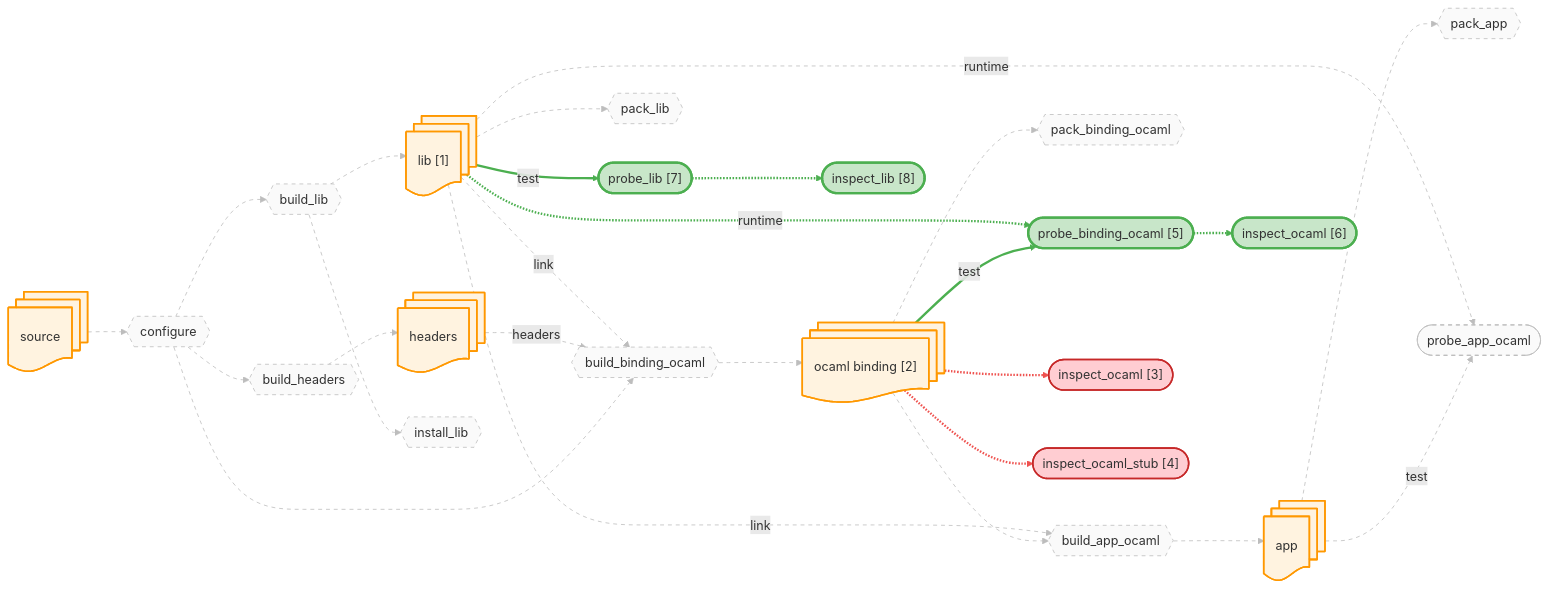
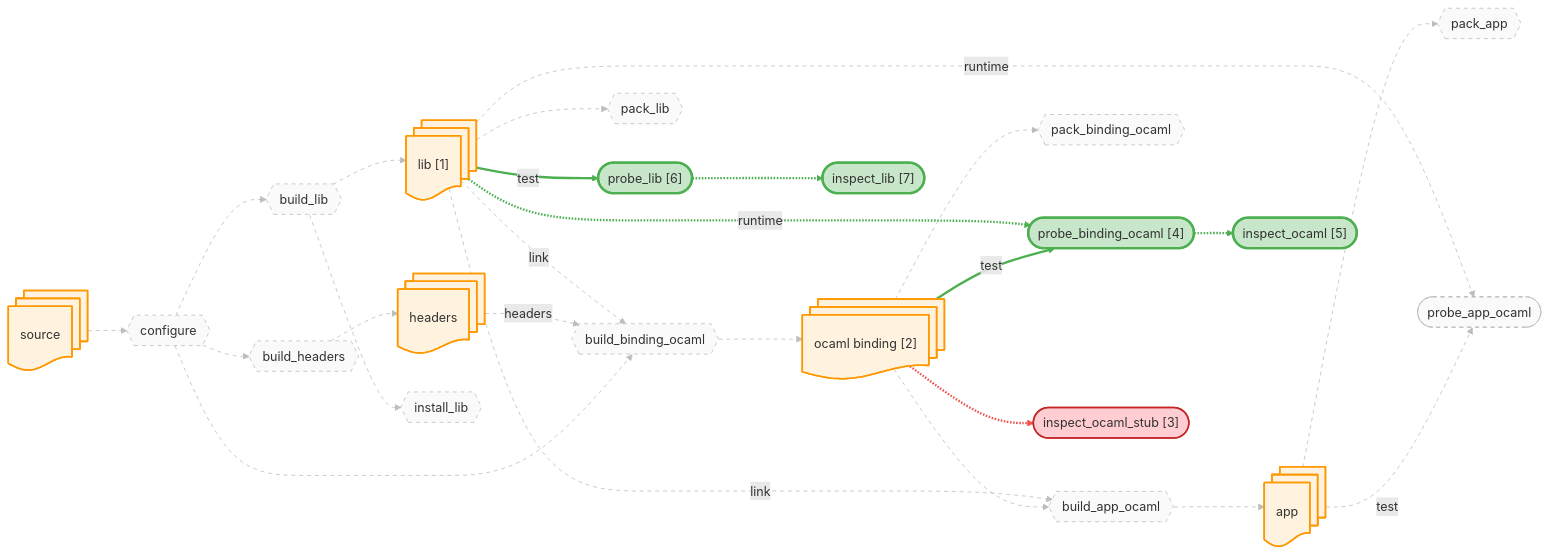
One commit to JHU-PL-Lab/tola changed the diagram in docs/canary/projects/zlib/-run/diagrams/probes.mmd. Above: the diagram before and after it, drawn with Mermaid. The commit also changed 34 other files, not shown here.

```diff
--- a/docs/canary/projects/zlib/-run/diagrams/probes.mmd
+++ b/docs/canary/projects/zlib/-run/diagrams/probes.mmd
@@ -1,101 +1,97 @@
 %% view: probes
 graph LR
     source_node@{ shape: docs, label: "source" }
     headers_node@{ shape: docs, label: "headers" }
     lib_node@{ shape: docs, label: "lib [1]" }
     app_node@{ shape: docs, label: "app" }
     ocaml_binding_node@{ shape: docs, label: "ocaml binding [2]" }
 
     A_configure{{"configure"}}
     A_build_headers{{"build_headers"}}
     A_build_lib{{"build_lib"}}
     A_build_binding_ocaml{{"build_binding_ocaml"}}
     A_build_app_ocaml{{"build_app_ocaml"}}
     A_install_lib{{"install_lib"}}
     A_pack_binding_ocaml{{"pack_binding_ocaml"}}
     A_pack_lib{{"pack_lib"}}
     A_pack_app{{"pack_app"}}
-    A_probe_binding_ocaml(["probe_binding_ocaml [5]"])
+    A_probe_binding_ocaml(["probe_binding_ocaml [4]"])
     A_probe_app_ocaml(["probe_app_ocaml"])
-    A_probe_lib(["probe_lib [7]"])
-    A_probe_lib_inspect(["inspect_lib [8]"])
-    A_fetch_binding_ocaml_inspect(["inspect_ocaml [3]"])
-    A_fetch_binding_ocaml_stub_inspect(["inspect_ocaml_stub [4]"])
-    A_probe_binding_ocaml_inspect(["inspect_ocaml [6]"])
+    A_probe_lib(["probe_lib [6]"])
+    A_probe_lib_inspect(["inspect_lib [7]"])
+    A_fetch_binding_ocaml_stub_inspect(["inspect_ocaml_stub [3]"])
+    A_probe_binding_ocaml_inspect(["inspect_ocaml [5]"])
 
     source_node --> A_configure
     A_configure --> A_build_headers
     A_build_headers --> headers_node
     A_configure --> A_build_lib
     A_build_lib --> lib_node
     A_configure --> A_build_binding_ocaml
     headers_node -.->|headers| A_build_binding_ocaml
     lib_node -.->|link| A_build_binding_ocaml
     A_build_binding_ocaml --> ocaml_binding_node
     ocaml_binding_node --> A_build_app_ocaml
     lib_node -.->|link| A_build_app_ocaml
     A_build_app_ocaml --> app_node
     A_build_lib --> A_install_lib
     ocaml_binding_node --> A_pack_binding_ocaml
     lib_node --> A_pack_lib
     app_node --> A_pack_app
     ocaml_binding_node -->|test| A_probe_binding_ocaml
     lib_node -.->|runtime| A_probe_binding_ocaml
     app_node -->|test| A_probe_app_ocaml
     lib_node -.->|runtime| A_probe_app_ocaml
     lib_node -->|test| A_probe_lib
     A_probe_lib -.-> A_probe_lib_inspect
-    ocaml_binding_node -.-> A_fetch_binding_ocaml_inspect
     ocaml_binding_node -.-> A_fetch_binding_ocaml_stub_inspect
     A_probe_binding_ocaml -.-> A_probe_binding_ocaml_inspect
 
     classDef artifact fill:#fff3e0,stroke:#ff9800,stroke-width:2px
     classDef action fill:#f3e5f5,stroke:#9c27b0,stroke-width:2px
     classDef st_done fill:#c8e6c9,stroke:#4caf50,stroke-width:3px
     classDef st_done_ctx fill:#e8f5e9,stroke:#a5d6a7,stroke-width:1.5px
     classDef st_expected_fail fill:#fff9c4,stroke:#f9a825,stroke-width:2px
     classDef st_failed fill:#ffcdd2,stroke:#c62828,stroke-width:2px
     classDef st_skipped fill:#f5f5f5,stroke:#9e9e9e,stroke-dasharray:5
     classDef st_nospec fill:#fafafa,stroke:#bdbdbd,stroke-dasharray:5
     class source_node,headers_node,lib_node,app_node,ocaml_binding_node artifact
     class A_configure st_nospec
     class A_build_headers st_nospec
     class A_build_lib st_nospec
     class A_build_binding_ocaml st_nospec
     class A_build_app_ocaml st_nospec
     class A_install_lib st_nospec
     class A_pack_binding_ocaml st_nospec
     class A_pack_lib st_nospec
     class A_pack_app st_nospec
     class A_probe_binding_ocaml st_done
     class A_probe_app_ocaml st_nospec
     class A_probe_lib st_done
     class A_probe_lib_inspect st_done
-    class A_fetch_binding_ocaml_inspect st_failed
     class A_fetch_binding_ocaml_stub_inspect st_failed
     class A_probe_binding_ocaml_inspect st_done
     linkStyle 0 stroke:#bdbdbd,stroke-width:1px,stroke-dasharray:5
     linkStyle 1 stroke:#bdbdbd,stroke-width:1px,stroke-dasharray:5
     linkStyle 2 stroke:#bdbdbd,stroke-width:1px,stroke-dasharray:5
     linkStyle 3 stroke:#bdbdbd,stroke-width:1px,stroke-dasharray:5
     linkStyle 4 stroke:#bdbdbd,stroke-width:1px,stroke-dasharray:5
     linkStyle 5 stroke:#bdbdbd,stroke-width:1px,stroke-dasharray:5
     linkStyle 6 stroke:#bdbdbd,stroke-width:1px,stroke-dasharray:5
     linkStyle 7 stroke:#bdbdbd,stroke-width:1px,stroke-dasharray:5
     linkStyle 8 stroke:#bdbdbd,stroke-width:1px,stroke-dasharray:5
     linkStyle 9 stroke:#bdbdbd,stroke-width:1px,stroke-dasharray:5
     linkStyle 10 stroke:#bdbdbd,stroke-width:1px,stroke-dasharray:5
     linkStyle 11 stroke:#bdbdbd,stroke-width:1px,stroke-dasharray:5
     linkStyle 12 stroke:#bdbdbd,stroke-width:1px,stroke-dasharray:5
     linkStyle 13 stroke:#bdbdbd,stroke-width:1px,stroke-dasharray:5
     linkStyle 14 stroke:#bdbdbd,stroke-width:1px,stroke-dasharray:5
     linkStyle 15 stroke:#bdbdbd,stroke-width:1px,stroke-dasharray:5
     linkStyle 16 stroke:#4caf50,stroke-width:3px
     linkStyle 17 stroke:#4caf50,stroke-width:3px
     linkStyle 18 stroke:#bdbdbd,stroke-width:1px,stroke-dasharray:5
     linkStyle 19 stroke:#bdbdbd,stroke-width:1px,stroke-dasharray:5
     linkStyle 20 stroke:#4caf50,stroke-width:3px
     linkStyle 21 stroke:#4caf50,stroke-width:3px
     linkStyle 22 stroke:#ef5350,stroke-width:3px
-    linkStyle 23 stroke:#ef5350,stroke-width:3px
-    linkStyle 24 stroke:#4caf50,stroke-width:3px
+    linkStyle 23 stroke:#4caf50,stroke-width:3px
```
